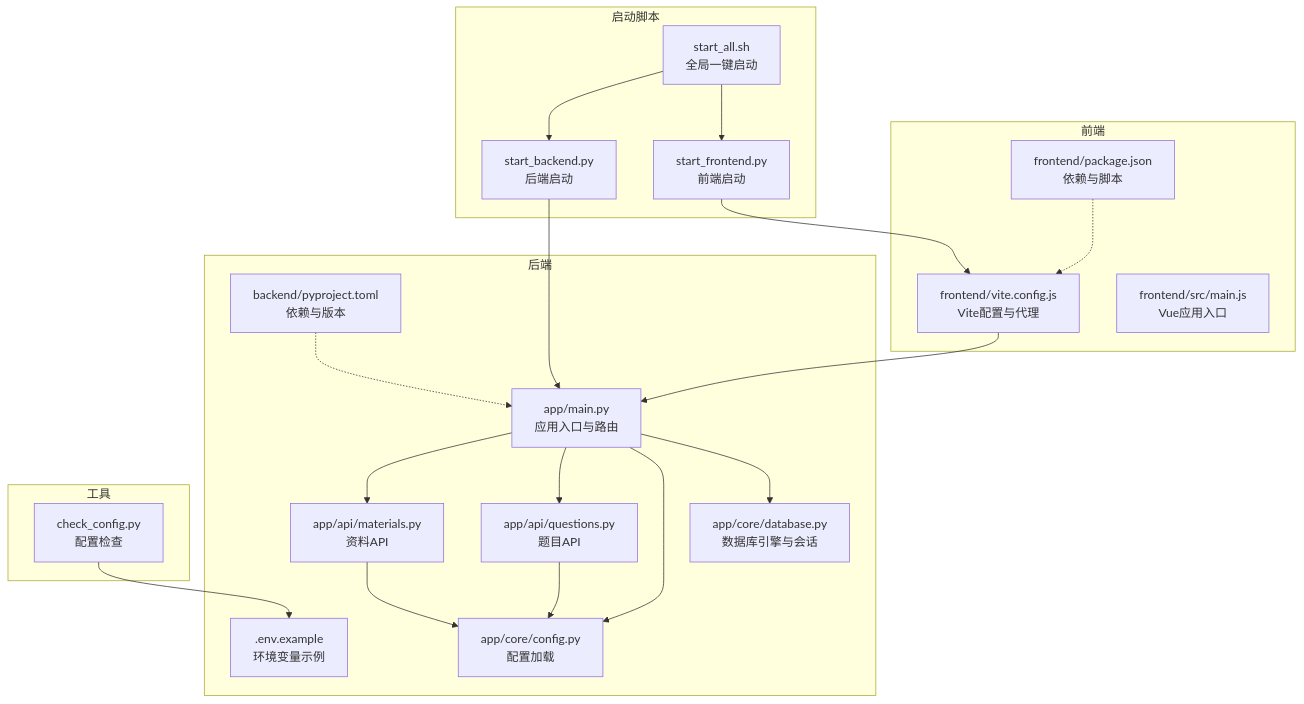
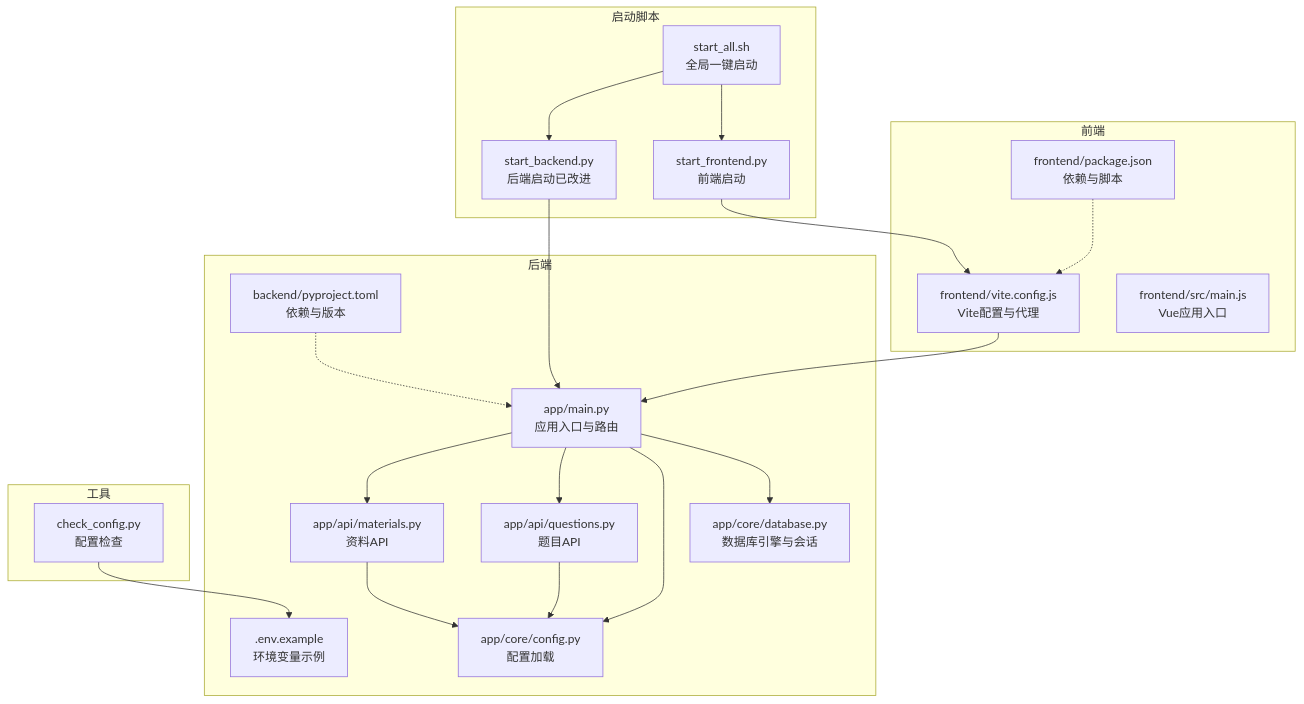
The first of 9 diagrams in .qoder/repowiki/zh/content/快速开始.md (zhiwenli-jack/personal-learning-manager), drawn with Mermaid before and after one commit. The commit also changed other lines of this file and 12 other files, not shown here.

````diff
--- a/.qoder/repowiki/zh/content/快速开始.md
+++ b/.qoder/repowiki/zh/content/快速开始.md
@@ -65,39 +65,39 @@
 ```mermaid
 graph TB
 subgraph "后端"
 M["app/main.py<br/>应用入口与路由"]
 C["app/core/config.py<br/>配置加载"]
 D["app/core/database.py<br/>数据库引擎与会话"]
 AM["app/api/materials.py<br/>资料API"]
 AQ["app/api/questions.py<br/>题目API"]
 P["backend/pyproject.toml<br/>依赖与版本"]
 E[".env.example<br/>环境变量示例"]
 end
 subgraph "前端"
 V["frontend/vite.config.js<br/>Vite配置与代理"]
 F["frontend/src/main.js<br/>Vue应用入口"]
 PJ["frontend/package.json<br/>依赖与脚本"]
 end
 subgraph "启动脚本"
 SA["start_all.sh<br/>全局一键启动"]
-SB["start_backend.py<br/>后端启动"]
+SB["start_backend.py<br/>后端启动已改进"]
 SF["start_frontend.py<br/>前端启动"]
 end
 subgraph "工具"
 CC["check_config.py<br/>配置检查"]
 end
 M --> AM
 M --> AQ
 M --> C
 M --> D
 AM --> C
 AQ --> C
 V --> M
 SA --> SB
 SA --> SF
 SB --> M
 SF --> V
 CC --> E
 P -.-> M
 PJ -.-> V
 ```
````
